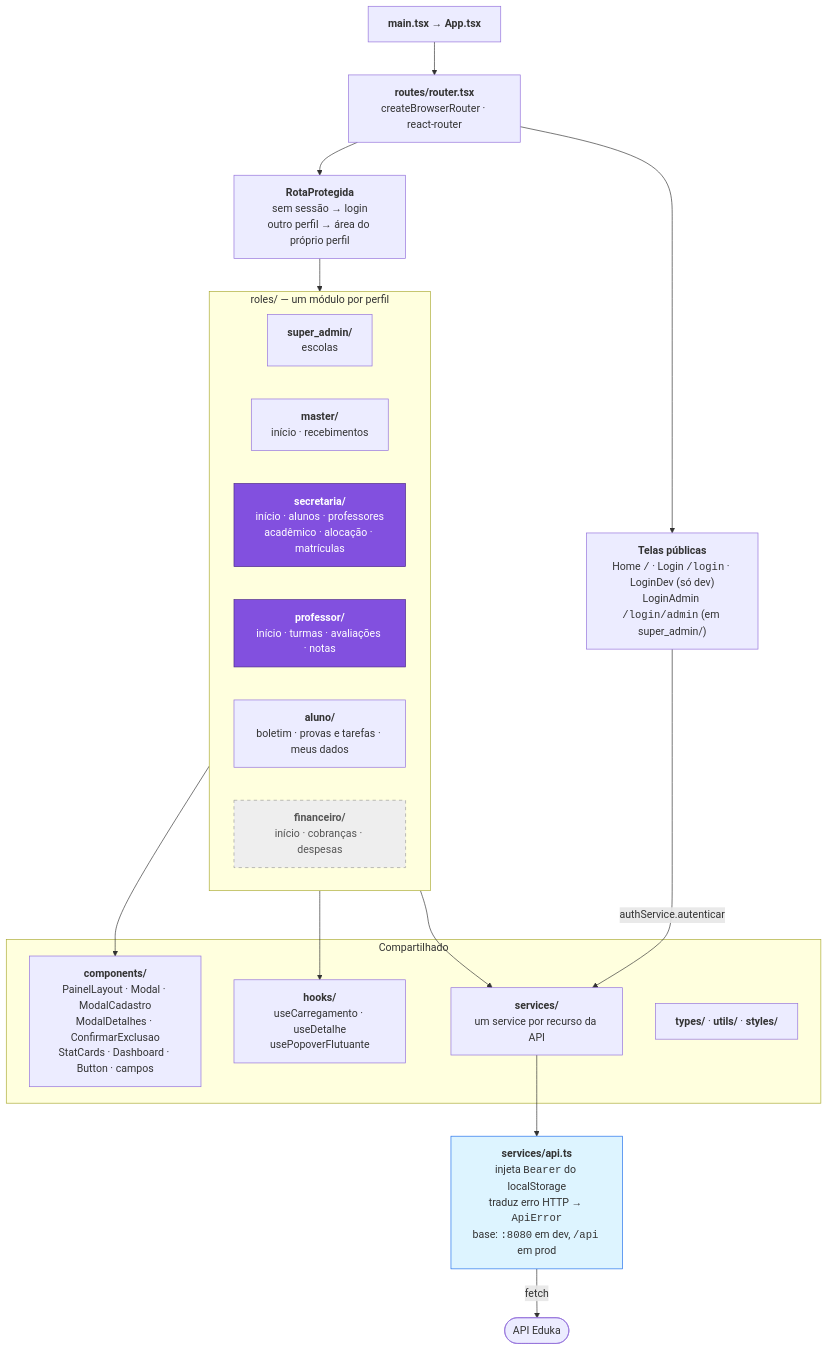
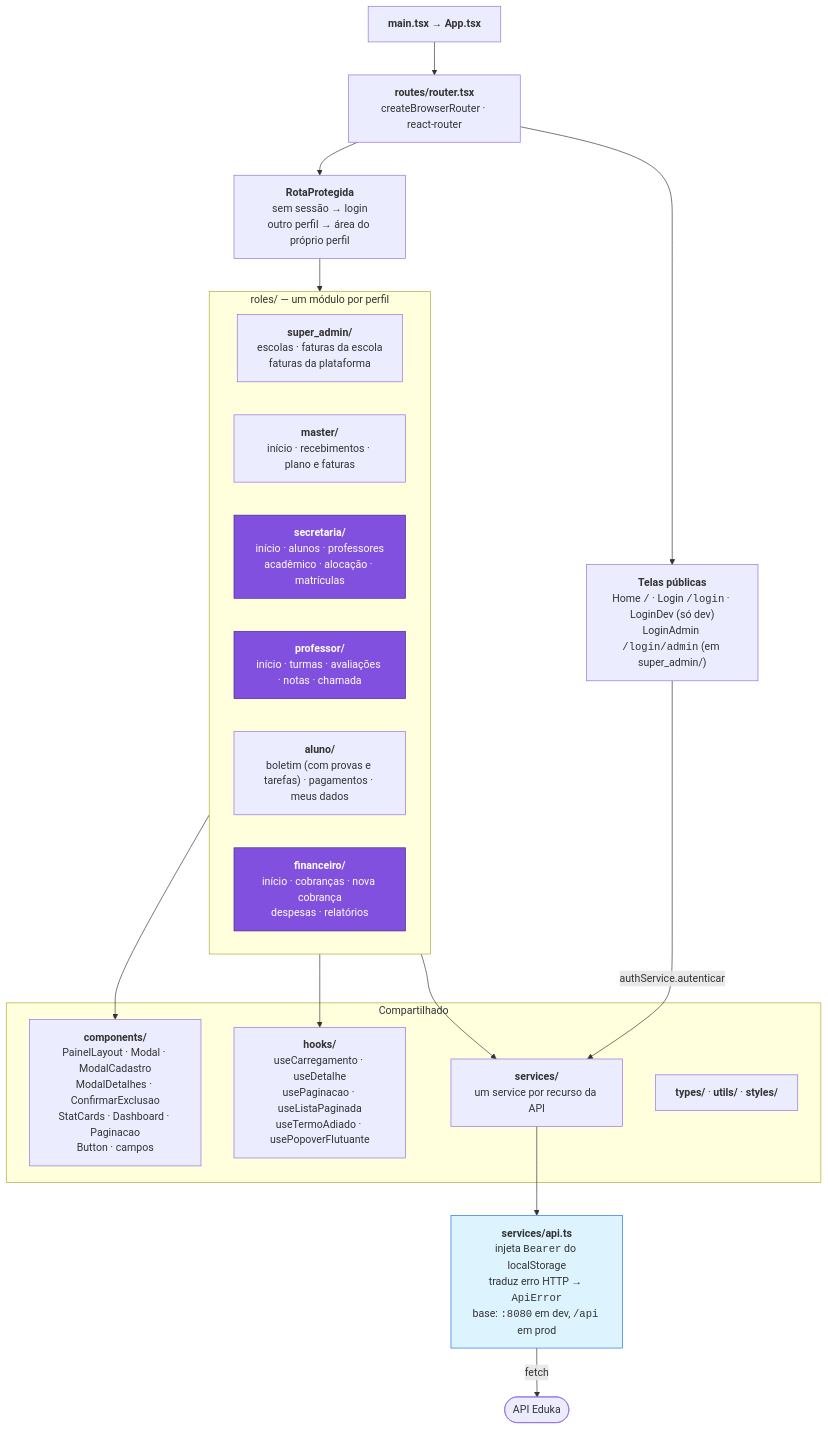
Before and after one commit to ICEI-PUC-Minas-PMGES-TI/pmg-es-2026-2-ti3-9577100-eduka: the sixth of 6 diagrams in Artefatos/arquitetura/arquitetura-da-solucao.md, drawn with Mermaid. The commit also changed other lines of this file and 61 other files, not shown here.

````diff
--- a/Artefatos/arquitetura/arquitetura-da-solucao.md
+++ b/Artefatos/arquitetura/arquitetura-da-solucao.md
@@ -498,41 +515,41 @@
 ```mermaid
 flowchart TB
     MAIN["<b>main.tsx</b> → <b>App.tsx</b>"]
     ROUTER["<b>routes/router.tsx</b><br/>createBrowserRouter · react-router"]
 
     PUB["<b>Telas públicas</b><br/>Home <code>/</code> · Login <code>/login</code> · LoginDev (só dev)<br/>LoginAdmin <code>/login/admin</code> (em super_admin/)"]
     GUARD["<b>RotaProtegida</b><br/>sem sessão → login<br/>outro perfil → área do próprio perfil"]
 
     subgraph roles["roles/ — um módulo por perfil"]
-        SAD["<b>super_admin/</b><br/>escolas"]
-        MAS["<b>master/</b><br/>início · recebimentos"]
+        SAD["<b>super_admin/</b><br/>escolas · faturas da escola<br/>faturas da plataforma"]
+        MAS["<b>master/</b><br/>início · recebimentos · plano e faturas"]
         SEC["<b>secretaria/</b><br/>início · alunos · professores<br/>acadêmico · alocação · matrículas"]
-        PROF["<b>professor/</b><br/>início · turmas · avaliações · notas"]
-        ALU["<b>aluno/</b><br/>boletim · provas e tarefas · meus dados"]
-        FIN["<b>financeiro/</b><br/>início · cobranças · despesas"]
+        PROF["<b>professor/</b><br/>início · turmas · avaliações · notas · chamada"]
+        ALU["<b>aluno/</b><br/>boletim (com provas e tarefas) · pagamentos · meus dados"]
+        FIN["<b>financeiro/</b><br/>início · cobranças · nova cobrança<br/>despesas · relatórios"]
     end
 
     subgraph shared["Compartilhado"]
-        COMP["<b>components/</b><br/>PainelLayout · Modal · ModalCadastro<br/>ModalDetalhes · ConfirmarExclusao<br/>StatCards · Dashboard · Button · campos"]
-        HOOKS["<b>hooks/</b><br/>useCarregamento · useDetalhe<br/>usePopoverFlutuante"]
+        COMP["<b>components/</b><br/>PainelLayout · Modal · ModalCadastro<br/>ModalDetalhes · ConfirmarExclusao<br/>StatCards · Dashboard · Paginacao<br/>Button · campos"]
+        HOOKS["<b>hooks/</b><br/>useCarregamento · useDetalhe<br/>usePaginacao · useListaPaginada<br/>useTermoAdiado · usePopoverFlutuante"]
         SRV["<b>services/</b><br/>um service por recurso da API"]
         TYPES["<b>types/</b> · <b>utils/</b> · <b>styles/</b>"]
     end
 
     API["<b>services/api.ts</b><br/>injeta <code>Bearer</code> do localStorage<br/>traduz erro HTTP → <code>ApiError</code><br/>base: <code>:8080</code> em dev, <code>/api</code> em prod"]
 
     MAIN --> ROUTER
     ROUTER --> PUB
     ROUTER --> GUARD --> roles
     PUB -->|"authService.autenticar"| SRV
     roles --> COMP
     roles --> HOOKS
     roles --> SRV
     SRV --> API
     API -->|"fetch"| BACK(["API Eduka"])
 
     style SEC fill:#8250df,stroke:#4c2889,color:#fff
     style PROF fill:#8250df,stroke:#4c2889,color:#fff
+    style FIN fill:#8250df,stroke:#4c2889,color:#fff
     style API fill:#ddf4ff,stroke:#1f6feb
-    style FIN fill:#eee,stroke:#999,color:#555,stroke-dasharray: 5 5
 ```
````
